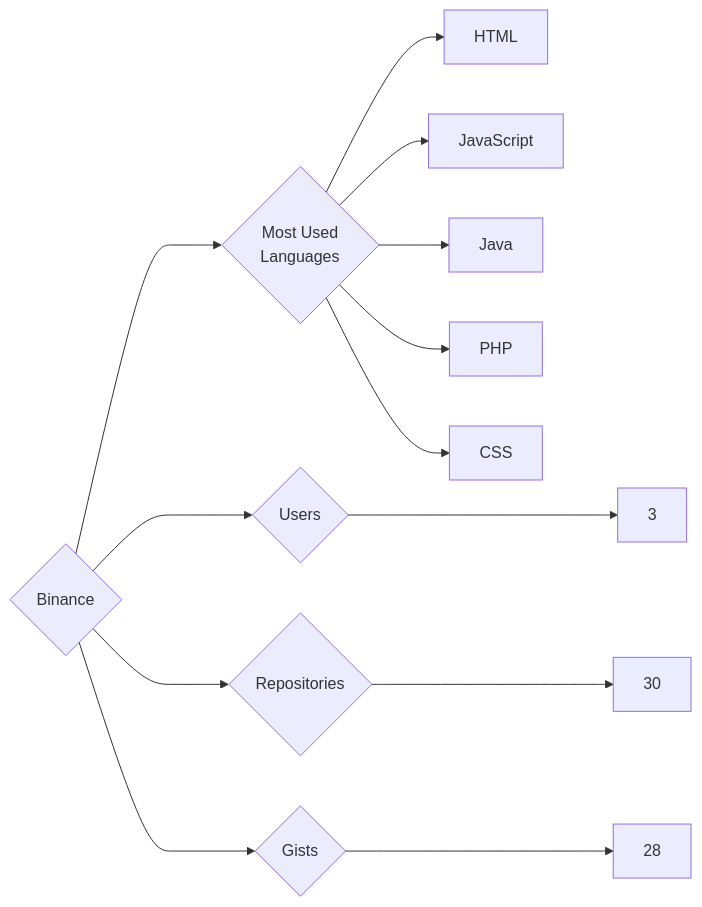
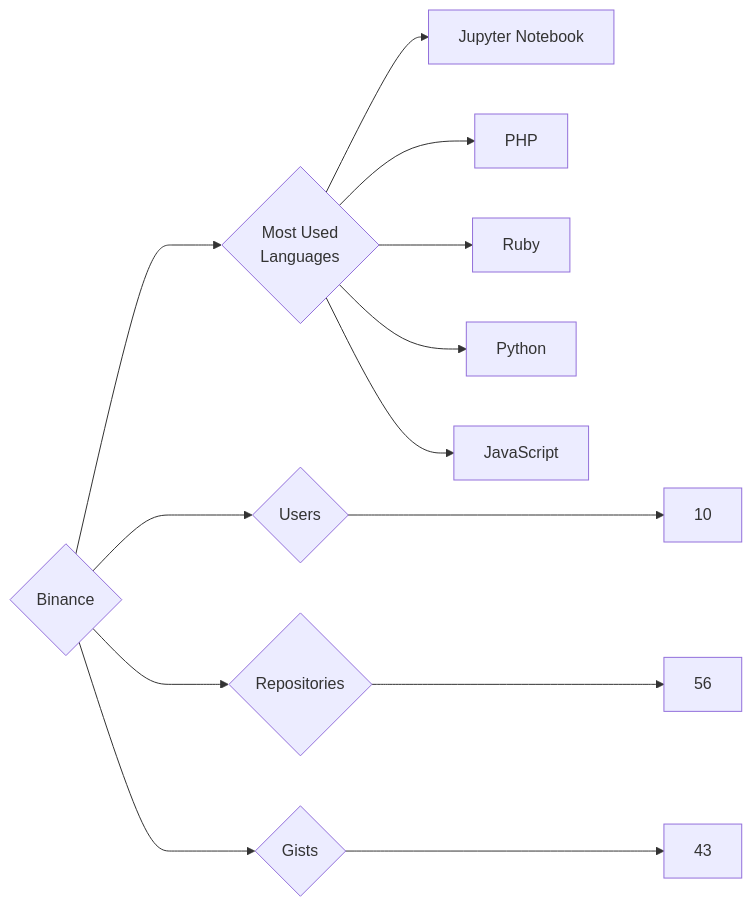
Before and after one commit to trickest/insiders: the diagram in targets/Binance/README.md, drawn with Mermaid. The commit also changed 993 other files, not shown here.

````diff
--- a/targets/Binance/README.md
+++ b/targets/Binance/README.md
@@ -3,13 +3,13 @@
 ```mermaid
 graph LR
 COMPANY_NAME{Binance}
-COMPANY_NAME ---> U{Users} ---> UN[3]
-COMPANY_NAME ---> R{Repositories} ---> RN[30]
-COMPANY_NAME ---> G{Gists} ---> GN[28]
+COMPANY_NAME ---> U{Users} ---> UN[10]
+COMPANY_NAME ---> R{Repositories} ---> RN[56]
+COMPANY_NAME ---> G{Gists} ---> GN[43]
 COMPANY_NAME ---> ML{Most Used<br>Languages}
-ML --> HTML[HTML]
+ML --> Jupyter_Notebook[Jupyter Notebook]
+ML --> PHP[PHP]
+ML --> Ruby[Ruby]
+ML --> Python[Python]
 ML --> JavaScript[JavaScript]
-ML --> Java[Java]
-ML --> PHP[PHP]
-ML --> CSS[CSS]
 ```
````
